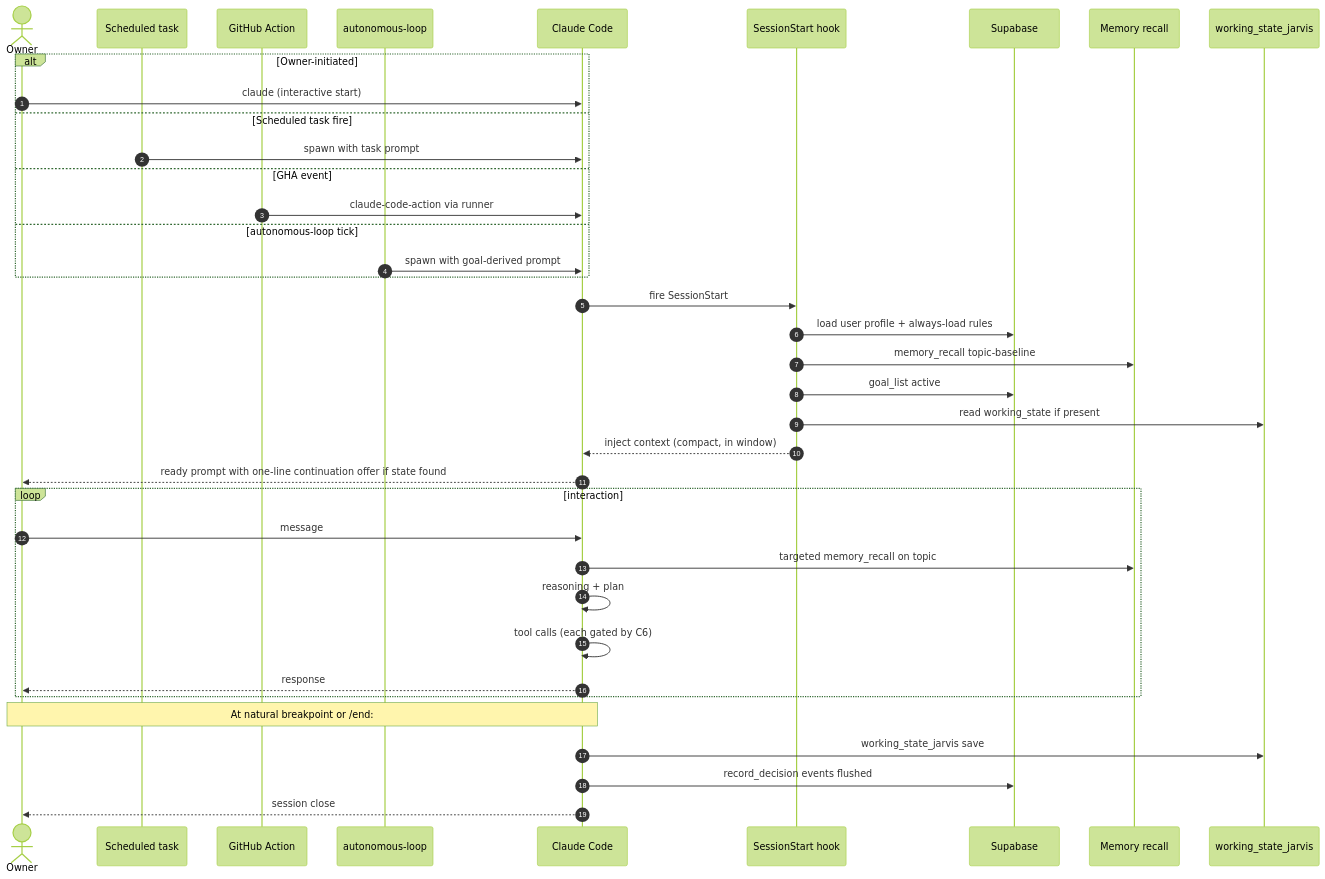
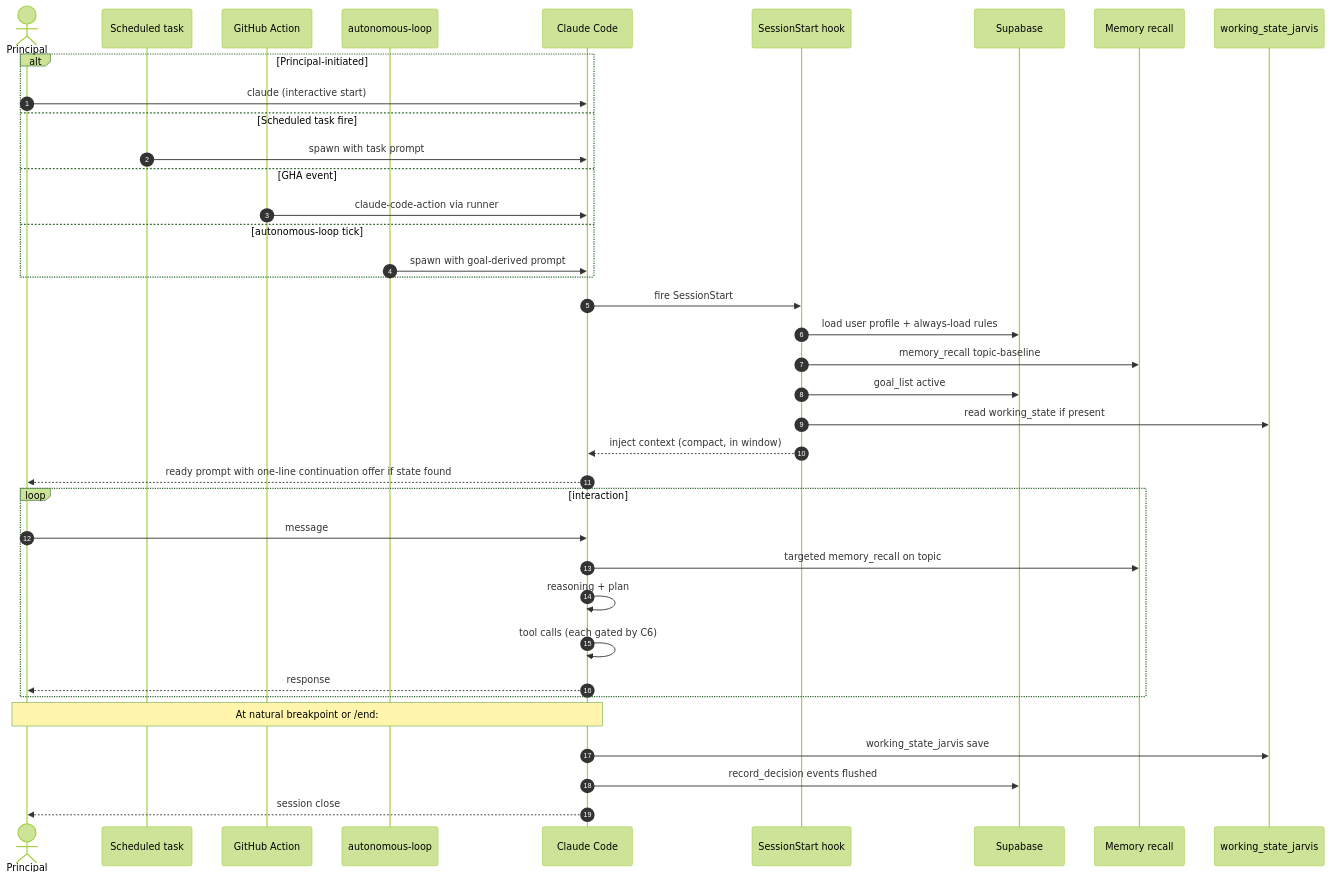
One commit to Osasuwu/jarvis changed the first of 8 diagrams in docs/design/jarvis-flows.md. Above: the diagram before and after it, drawn with Mermaid (forest theme). The commit also changed other lines of this file and 19 other files, not shown here.

````diff
--- a/docs/design/jarvis-flows.md
+++ b/docs/design/jarvis-flows.md
@@ -24,44 +24,44 @@
 ```mermaid
 sequenceDiagram
     autonumber
-    actor Owner
+    actor Principal
     participant Sched as Scheduled task
     participant GHA as GitHub Action
     participant ALoop as autonomous-loop
     participant CC as Claude Code
     participant Hook as SessionStart hook
     participant Pg as Supabase
     participant Mem as Memory recall
     participant State as working_state_jarvis
 
-    alt Owner-initiated
-        Owner->>CC: claude (interactive start)
+    alt Principal-initiated
+        Principal->>CC: claude (interactive start)
     else Scheduled task fire
         Sched->>CC: spawn with task prompt
     else GHA event
         GHA->>CC: claude-code-action via runner
     else autonomous-loop tick
         ALoop->>CC: spawn with goal-derived prompt
     end
 
     CC->>Hook: fire SessionStart
     Hook->>Pg: load user profile + always-load rules
     Hook->>Mem: memory_recall topic-baseline
     Hook->>Pg: goal_list active
     Hook->>State: read working_state if present
     Hook-->>CC: inject context (compact, in window)
-    CC-->>Owner: ready prompt with one-line continuation offer if state found
+    CC-->>Principal: ready prompt with one-line continuation offer if state found
 
     loop interaction
-        Owner->>CC: message
+        Principal->>CC: message
         CC->>Mem: targeted memory_recall on topic
         CC->>CC: reasoning + plan
         CC->>CC: tool calls (each gated by C6)
-        CC-->>Owner: response
+        CC-->>Principal: response
     end
 
-    Note over Owner, CC: At natural breakpoint or /end:
+    Note over Principal, CC: At natural breakpoint or /end:
     CC->>State: working_state_jarvis save
     CC->>Pg: record_decision events flushed
-    CC-->>Owner: session close
+    CC-->>Principal: session close
 ```
````
